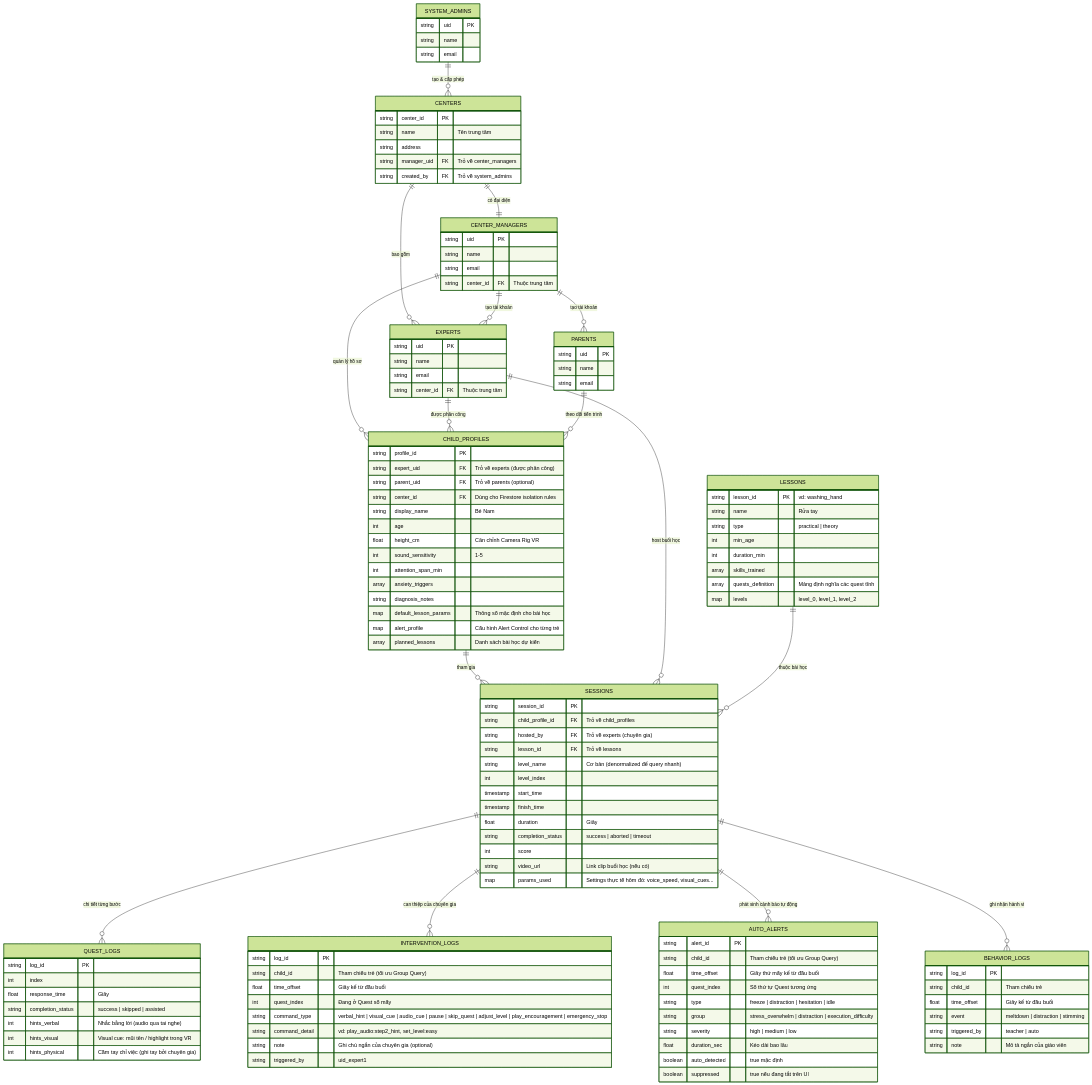
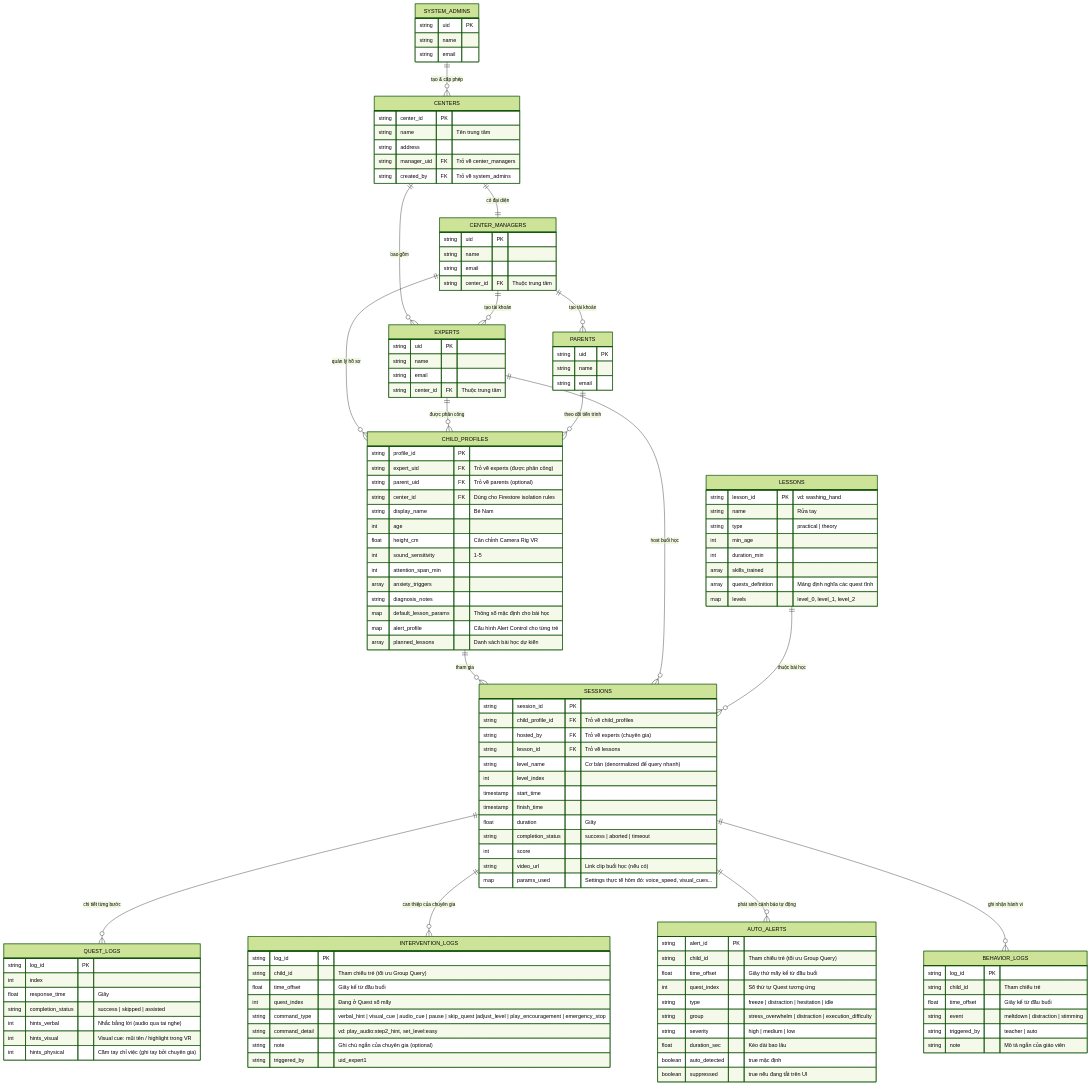
The first of 2 diagrams in docs/design/DATABASE_SCHEMA_DESIGN.md (natuan05/VR-Autism), drawn with Mermaid (forest theme) before and after one commit. The commit also changed 5 other files, not shown here.

```diff
--- a/docs/design/DATABASE_SCHEMA_DESIGN.md
+++ b/docs/design/DATABASE_SCHEMA_DESIGN.md
@@ -122,7 +122,7 @@
         string child_id "Tham chiếu trẻ (tối ưu Group Query)"
         float time_offset "Giây kể từ đầu buổi"
         int quest_index "Đang ở Quest số mấy"
-        string command_type "verbal_hint | visual_cue | audio_cue | pause | skip_quest | adjust_level | play_encouragement | emergency_stop"
+        string command_type "verbal_hint | visual_cue | audio_cue | pause | skip_quest |adjust_level | play_encouragement | emergency_stop"
         string command_detail "vd: play_audio:step2_hint, set_level:easy"
         string note "Ghi chú ngắn của chuyên gia (optional)"
         string triggered_by "uid_expert1"
```
